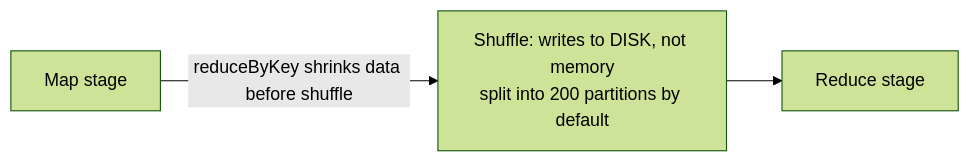
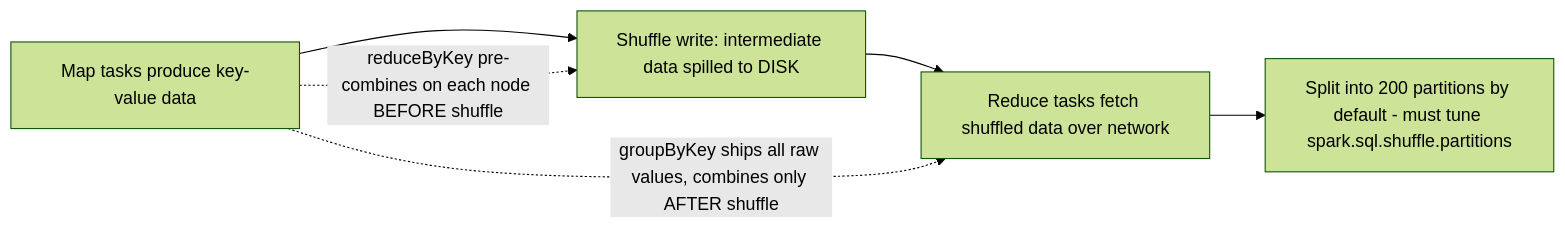
One commit to syedamber91/learning-data-engineering-concepts changed the diagram in wiki/personas/alex/spark/concepts/shuffle-writes-to-disk.md. Above: the diagram before and after it, drawn with Mermaid (forest theme). The commit also changed other lines of this file and 35 other files, not shown here.

````diff
--- a/wiki/personas/alex/spark/concepts/shuffle-writes-to-disk.md
+++ b/wiki/personas/alex/spark/concepts/shuffle-writes-to-disk.md
@@ -18,5 +18,8 @@
 ```mermaid
-flowchart LR
-  M[Map stage] -->|reduceByKey shrinks data before shuffle| S[Shuffle: writes to DISK, not memory<br/>split into 200 partitions by default]
-  S --> R[Reduce stage]
+graph LR
+  A[Map tasks produce key-value data] --> B[Shuffle write: intermediate data spilled to DISK]
+  B --> C[Reduce tasks fetch shuffled data over network]
+  C --> D[Split into 200 partitions by default - must tune spark.sql.shuffle.partitions]
+  A -. reduceByKey pre-combines on each node BEFORE shuffle .-> B
+  A -. groupByKey ships all raw values, combines only AFTER shuffle .-> C
 ```
````
